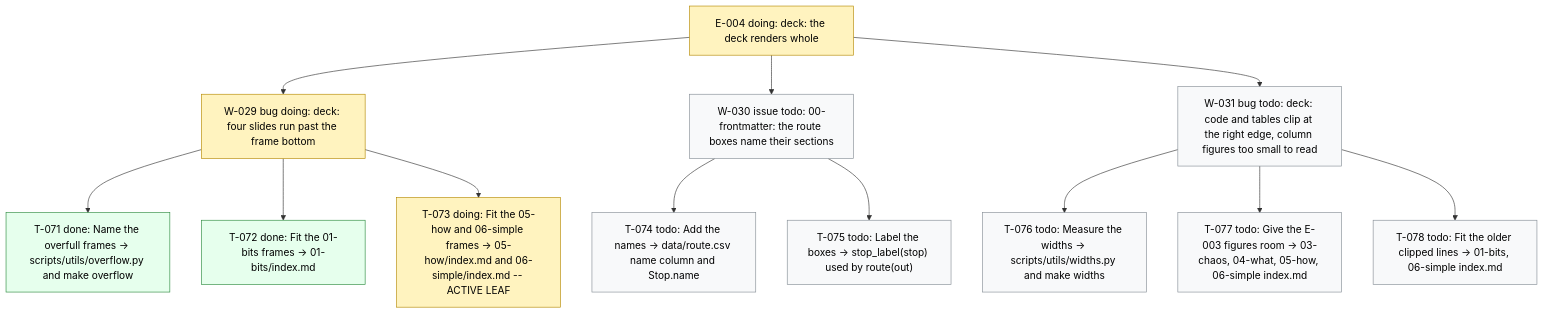
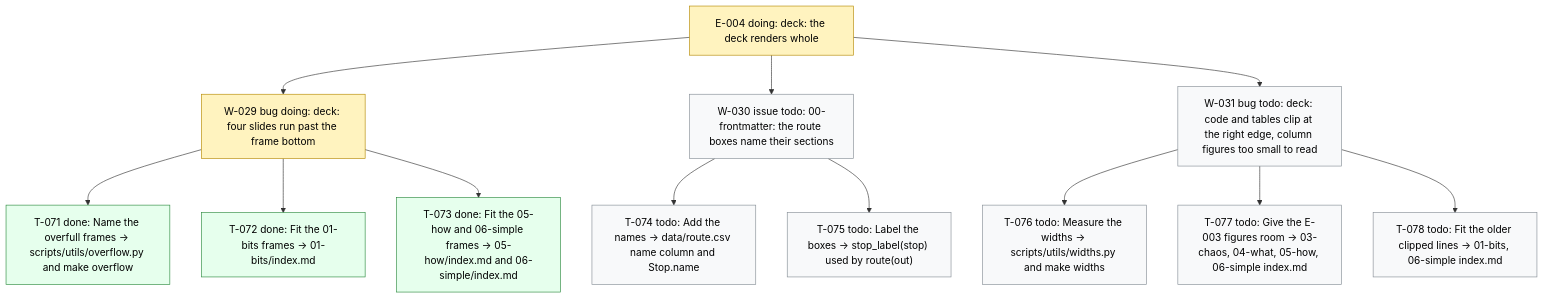
The diagram in .board/BOARD.md (dpopchev/chaos-to-simple), drawn with Mermaid before and after one commit. The commit also changed other lines of this file and 1 other file, not shown here.

Commit message:
chore(board): close T-073 -- W-029 ready to land
Refs: W-029 T-073

````diff
--- a/.board/BOARD.md
+++ b/.board/BOARD.md
@@ -193,23 +193,23 @@
 ```mermaid
 flowchart TD
   E004["E-004 doing: deck: the deck renders whole"]
   E004 --> W029["W-029 bug doing: deck: four slides run past the frame bottom"]
   W029 --> T071["T-071 done: Name the overfull frames -> scripts/utils/overflow.py and make overflow"]
   W029 --> T072["T-072 done: Fit the 01-bits frames -> 01-bits/index.md"]
-  W029 --> T073["T-073 doing: Fit the 05-how and 06-simple frames -> 05-how/index.md and 06-simple/index.md -- ACTIVE LEAF"]
+  W029 --> T073["T-073 done: Fit the 05-how and 06-simple frames -> 05-how/index.md and 06-simple/index.md"]
   E004 --> W030["W-030 issue todo: 00-frontmatter: the route boxes name their sections"]
   W030 --> T074["T-074 todo: Add the names -> data/route.csv name column and Stop.name"]
   W030 --> T075["T-075 todo: Label the boxes -> stop_label(stop) used by route(out)"]
   E004 --> W031["W-031 bug todo: deck: code and tables clip at the right edge, column figures too small to read"]
   W031 --> T076["T-076 todo: Measure the widths -> scripts/utils/widths.py and make widths"]
   W031 --> T077["T-077 todo: Give the E-003 figures room -> 03-chaos, 04-what, 05-how, 06-simple index.md"]
   W031 --> T078["T-078 todo: Fit the older clipped lines -> 01-bits, 06-simple index.md"]
   classDef doing fill:#fff3bf,stroke:#b58900,color:#000;
   classDef blocked fill:#ffe3e3,stroke:#c92a2a,color:#000;
   classDef done fill:#e6ffed,stroke:#2b8a3e,color:#000;
   classDef todo fill:#f8f9fa,stroke:#868e96,color:#000;
   classDef pruned fill:#f1f3f5,stroke:#adb5bd,color:#000;
-  class E004,W029,T073 doing
-  class T071,T072 done
+  class E004,W029 doing
+  class T071,T072,T073 done
   class W030,T074,T075,W031,T076,T077,T078 todo
 ```
````
